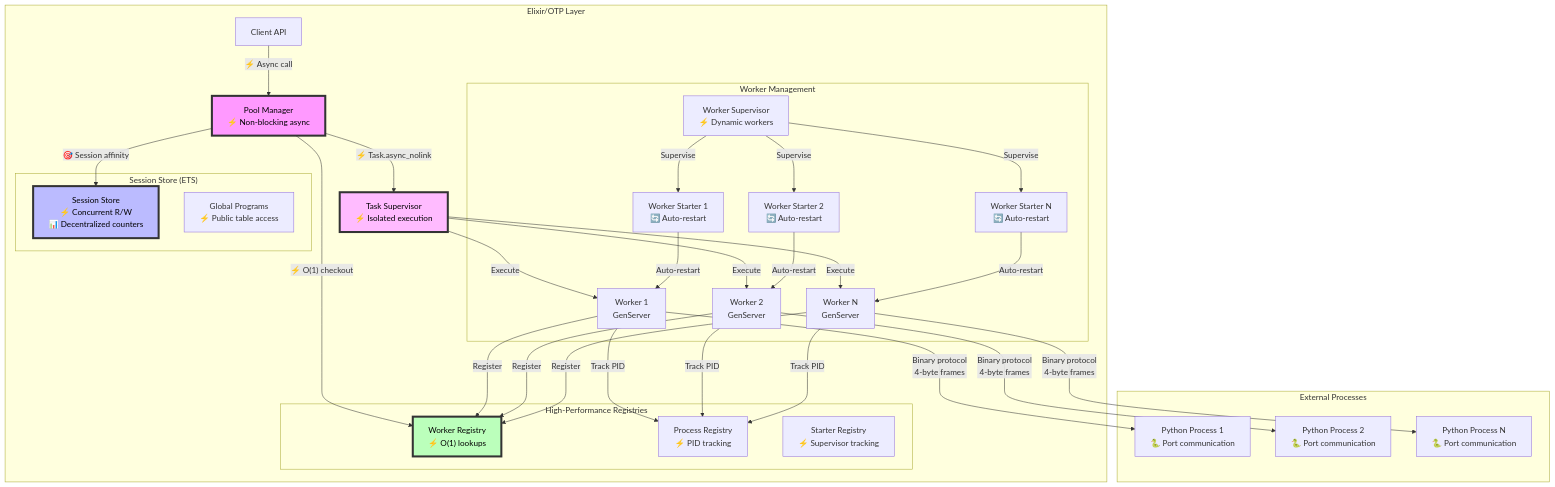
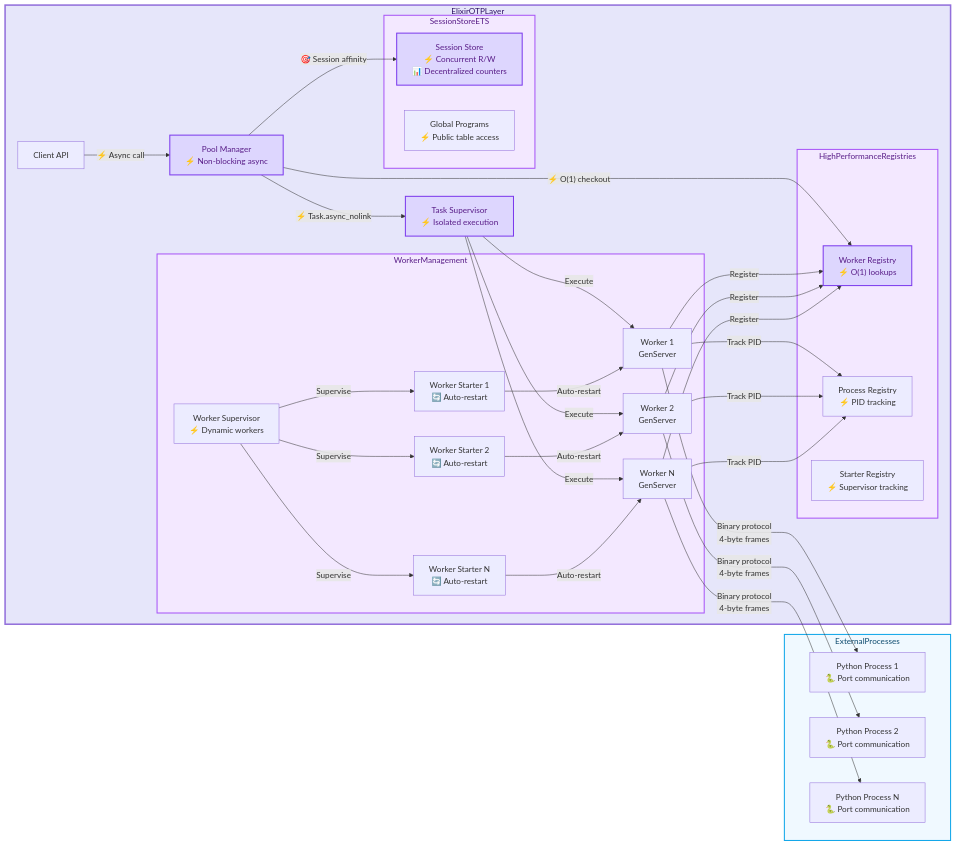
One commit to nshkrdotcom/snakepit changed the first of 7 diagrams in DIAGS.md. Above: the diagram before and after it, drawn with Mermaid. The commit also changed other lines of this file, not shown here.

````diff
--- a/DIAGS.md
+++ b/DIAGS.md
@@ -5,68 +3,78 @@
 ```mermaid
-graph TB
-    subgraph "Elixir/OTP Layer"
+graph LR
+    ElixirOTPLayer["Elixir OTP Layer"]
+    subgraph ElixirOTPLayer
         Client["Client API"]
         Pool["Pool Manager<br/>⚡ Non-blocking async"]
         TaskSup["Task Supervisor<br/>⚡ Isolated execution"]
         
-        subgraph "Worker Management"
+        WorkerManagement["Worker Management"]
+        subgraph WorkerManagement
             WorkerSup["Worker Supervisor<br/>⚡ Dynamic workers"]
             Starter1["Worker Starter 1<br/>🔄 Auto-restart"]
             Starter2["Worker Starter 2<br/>🔄 Auto-restart"]
             StarterN["Worker Starter N<br/>🔄 Auto-restart"]
             Worker1["Worker 1<br/>GenServer"]
             Worker2["Worker 2<br/>GenServer"]
             WorkerN["Worker N<br/>GenServer"]
         end
         
-        subgraph "High-Performance Registries"
+        HighPerformanceRegistries["High Performance Registries"]
+        subgraph HighPerformanceRegistries
             Registry["Worker Registry<br/>⚡ O(1) lookups"]
             ProcReg["Process Registry<br/>⚡ PID tracking"]
             StarterReg["Starter Registry<br/>⚡ Supervisor tracking"]
         end
         
-        subgraph "Session Store (ETS)"
+        SessionStoreETS["Session Store ETS"]
+        subgraph SessionStoreETS
             SessionStore["Session Store<br/>⚡ Concurrent R/W<br/>📊 Decentralized counters"]
             GlobalPrograms["Global Programs<br/>⚡ Public table access"]
         end
     end
     
-    subgraph "External Processes"
+    ExternalProcesses["External Processes"]
+    subgraph ExternalProcesses
         Python1["Python Process 1<br/>🐍 Port communication"]
         Python2["Python Process 2<br/>🐍 Port communication"]
         PythonN["Python Process N<br/>🐍 Port communication"]
     end
     
     Client -->|"⚡ Async call"| Pool
     Pool -->|"⚡ O(1) checkout"| Registry
     Pool -->|"🎯 Session affinity"| SessionStore
     Pool -->|"⚡ Task.async_nolink"| TaskSup
     TaskSup -->|Execute| Worker1
     TaskSup -->|Execute| Worker2
     TaskSup -->|Execute| WorkerN
     
     WorkerSup -->|Supervise| Starter1
     WorkerSup -->|Supervise| Starter2
     WorkerSup -->|Supervise| StarterN
     
     Starter1 -->|Auto-restart| Worker1
     Starter2 -->|Auto-restart| Worker2
     StarterN -->|Auto-restart| WorkerN
     
     Worker1 -->|Binary protocol<br/>4-byte frames| Python1
     Worker2 -->|Binary protocol<br/>4-byte frames| Python2
     WorkerN -->|Binary protocol<br/>4-byte frames| PythonN
     
     Worker1 -->|Register| Registry
     Worker2 -->|Register| Registry
     WorkerN -->|Register| Registry
     
     Worker1 -->|Track PID| ProcReg
     Worker2 -->|Track PID| ProcReg
     WorkerN -->|Track PID| ProcReg
     
-    style Pool fill:#f9f,stroke:#333,stroke-width:4px,color:#000
-    style SessionStore fill:#bbf,stroke:#333,stroke-width:4px,color:#000
-    style Registry fill:#bfb,stroke:#333,stroke-width:4px,color:#000
-    style TaskSup fill:#fbf,stroke:#333,stroke-width:4px,color:#000
+    style ElixirOTPLayer fill:#e6e6fa,stroke:#9370db,stroke-width:3px,color:#2e1065
+    style WorkerManagement fill:#f3e8ff,stroke:#a855f7,stroke-width:2px,color:#581c87
+    style HighPerformanceRegistries fill:#f3e8ff,stroke:#a855f7,stroke-width:2px,color:#581c87
+    style SessionStoreETS fill:#f3e8ff,stroke:#a855f7,stroke-width:2px,color:#581c87
+    style ExternalProcesses fill:#f0f9ff,stroke:#0ea5e9,stroke-width:2px,color:#0c4a6e
+    style Pool fill:#ddd6fe,stroke:#7c3aed,stroke-width:2px,color:#581c87
+    style SessionStore fill:#ddd6fe,stroke:#7c3aed,stroke-width:2px,color:#581c87
+    style Registry fill:#ddd6fe,stroke:#7c3aed,stroke-width:2px,color:#581c87
+    style TaskSup fill:#ddd6fe,stroke:#7c3aed,stroke-width:2px,color:#581c87
 ```
````
